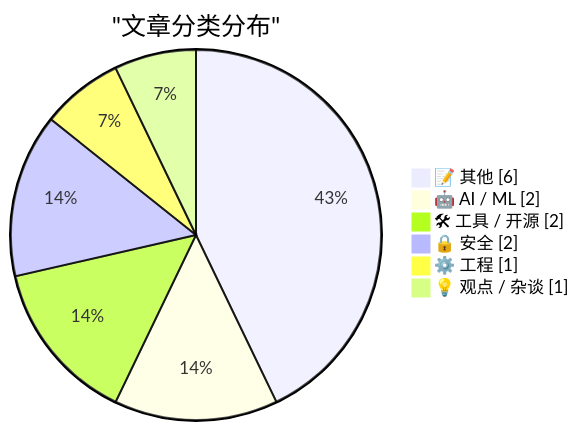
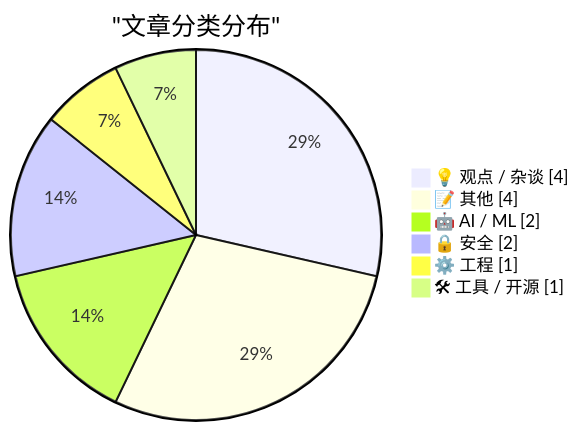
One commit to gitmeus/daily-reports changed the first of 2 diagrams in digest-20260301.md. Above: the diagram before and after it, drawn with Mermaid. The commit also changed other lines of this file, not shown here.

````diff
--- a/digest-20260301.md
+++ b/digest-20260301.md
@@ -53,10 +53,10 @@
 ```mermaid
 pie showData
     title "文章分类分布"
-    "📝 其他" : 6
+    "💡 观点 / 杂谈" : 4
+    "📝 其他" : 4
     "🤖 AI / ML" : 2
-    "🛠 工具 / 开源" : 2
     "🔒 安全" : 2
     "⚙️ 工程" : 1
-    "💡 观点 / 杂谈" : 1
+    "🛠 工具 / 开源" : 1
 ```
````
